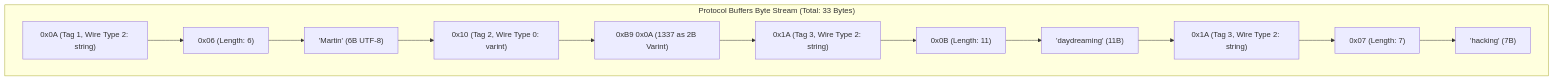
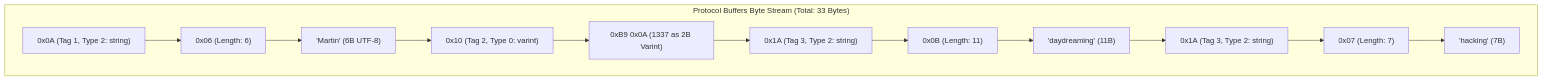
Before and after one commit to 1mimhe/books-summery: the third of 8 diagrams in 01 Designing Data-Intensive Applications/chapter-05-encoding-and-evolution.md, drawn with Mermaid. The commit also changed other lines of this file and 1 other file, not shown here.

````diff
--- a/01 Designing Data-Intensive Applications/chapter-05-encoding-and-evolution.md
+++ b/01 Designing Data-Intensive Applications/chapter-05-encoding-and-evolution.md
@@ -324,22 +235,18 @@
 ```mermaid
 flowchart LR
   subgraph PB["Protocol Buffers Byte Stream (Total: 33 Bytes)"]
     direction LR
-    H1["0x0A (Tag 1, Wire Type 2: string)"]
+    H1["0x0A (Tag 1, Type 2: string)"]
     L1["0x06 (Length: 6)"]
     V1["'Martin' (6B UTF-8)"]
-
-    H2["0x10 (Tag 2, Wire Type 0: varint)"]
+    H2["0x10 (Tag 2, Type 0: varint)"]
     V2["0xB9 0x0A (1337 as 2B Varint)"]
-
-    H3["0x1A (Tag 3, Wire Type 2: string)"]
+    H3["0x1A (Tag 3, Type 2: string)"]
     L3["0x0B (Length: 11)"]
     V3["'daydreaming' (11B)"]
-
-    H4["0x1A (Tag 3, Wire Type 2: string)"]
+    H4["0x1A (Tag 3, Type 2: string)"]
     L4["0x07 (Length: 7)"]
     V4["'hacking' (7B)"]
   end
-
   H1 --> L1 --> V1 --> H2 --> V2 --> H3 --> L3 --> V3 --> H4 --> L4 --> V4
 ```
````
